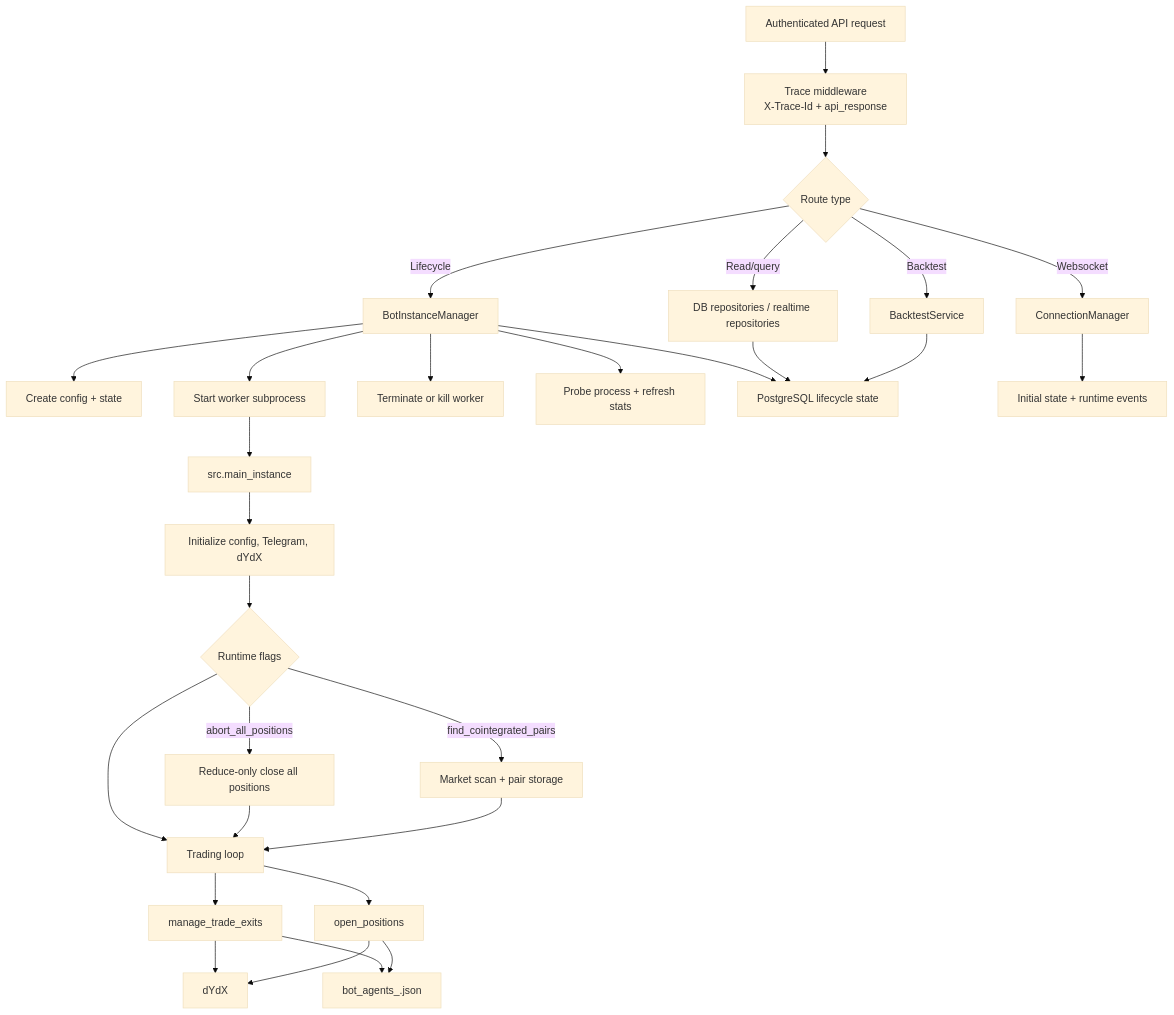
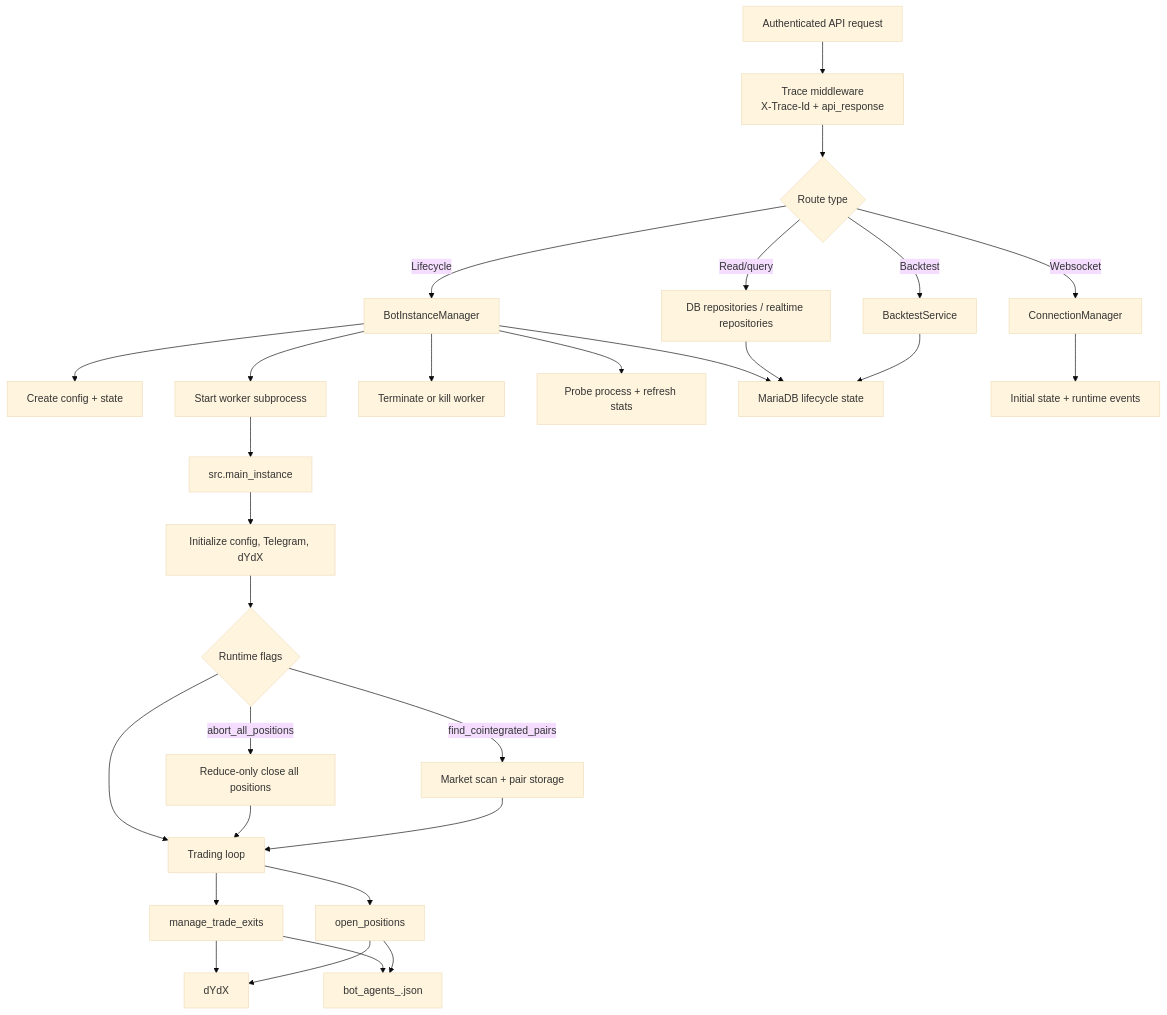
The second of 9 diagrams in bot/docs/BOT_FLOWS.md (cploutarchou/dydx-trading-bot), drawn with Mermaid (base theme) before and after one commit. The commit also changed other lines of this file and 128 other files, not shown here.

First line of the commit message:
feat: migrate from PostgreSQL to MariaDB 11.4

````diff
--- a/bot/docs/BOT_FLOWS.md
+++ b/bot/docs/BOT_FLOWS.md
@@ -96,35 +96,35 @@
 ```mermaid
 flowchart TD
     Request["Authenticated API request"] --> Trace["Trace middleware<br/>X-Trace-Id + api_response"]
     Trace --> Route{"Route type"}
 
     Route -->|Lifecycle| Manager["BotInstanceManager"]
     Route -->|Read/query| Repos["DB repositories / realtime repositories"]
     Route -->|Backtest| BacktestSvc["BacktestService"]
     Route -->|Websocket| Socket["ConnectionManager"]
 
     Manager --> Create["Create config + state"]
     Manager --> Start["Start worker subprocess"]
     Manager --> Stop["Terminate or kill worker"]
     Manager --> Status["Probe process + refresh stats"]
 
     Start --> Worker["src.main_instance"]
     Worker --> Setup["Initialize config, Telegram, dYdX"]
     Setup --> OptionalSetup{"Runtime flags"}
     OptionalSetup -->|abort_all_positions| Abort["Reduce-only close all positions"]
     OptionalSetup -->|find_cointegrated_pairs| Cointegration["Market scan + pair storage"]
     OptionalSetup --> Loop["Trading loop"]
     Abort --> Loop
     Cointegration --> Loop
 
     Loop --> ExitMgmt["manage_trade_exits"]
     Loop --> EntryMgmt["open_positions"]
     ExitMgmt --> Exchange["dYdX"]
     EntryMgmt --> Exchange
     ExitMgmt --> LocalState["bot_agents_<id>.json"]
     EntryMgmt --> LocalState
-    Manager --> DB["PostgreSQL lifecycle state"]
+    Manager --> DB["MariaDB lifecycle state"]
     Repos --> DB
     BacktestSvc --> DB
     Socket --> ClientEvents["Initial state + runtime events"]
 ```
````
